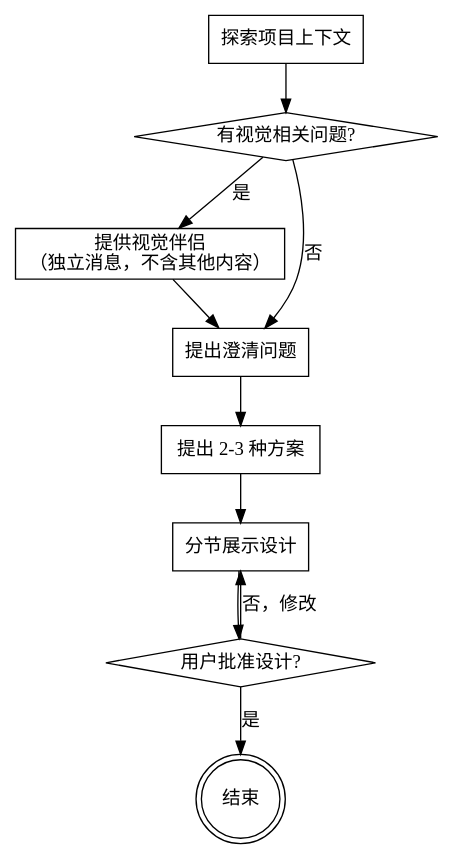
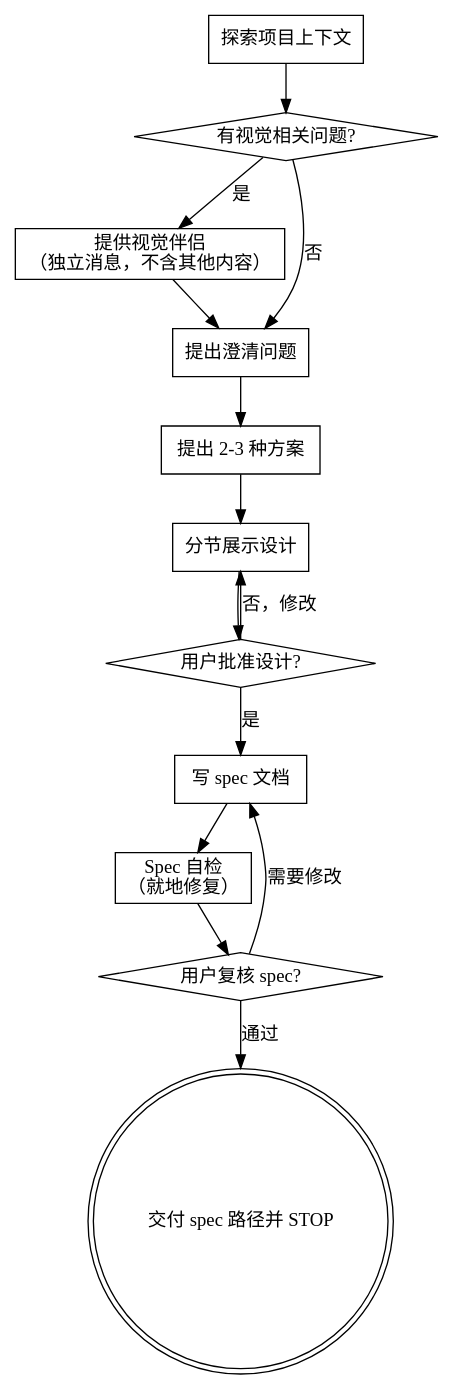
The diagram in skills/development-workflows/brainstorming-baha/SKILL.md (bahayonghang/my-ai-cli-toolkit), drawn with Graphviz before and after one commit. The commit also changed other lines of this file and 4 other files, not shown here.

````diff
--- a/skills/development-workflows/brainstorming-baha/SKILL.md
+++ b/skills/development-workflows/brainstorming-baha/SKILL.md
@@ -34,22 +43,29 @@
 ```dot
 digraph brainstorming {
     "探索项目上下文" [shape=box];
     "有视觉相关问题?" [shape=diamond];
     "提供视觉伴侣\n（独立消息，不含其他内容）" [shape=box];
     "提出澄清问题" [shape=box];
     "提出 2-3 种方案" [shape=box];
     "分节展示设计" [shape=box];
     "用户批准设计?" [shape=diamond];
-    "结束" [shape=doublecircle];
+    "写 spec 文档" [shape=box];
+    "Spec 自检\n（就地修复）" [shape=box];
+    "用户复核 spec?" [shape=diamond];
+    "交付 spec 路径并 STOP" [shape=doublecircle];
 
     "探索项目上下文" -> "有视觉相关问题?";
     "有视觉相关问题?" -> "提供视觉伴侣\n（独立消息，不含其他内容）" [label="是"];
     "有视觉相关问题?" -> "提出澄清问题" [label="否"];
     "提供视觉伴侣\n（独立消息，不含其他内容）" -> "提出澄清问题";
     "提出澄清问题" -> "提出 2-3 种方案";
     "提出 2-3 种方案" -> "分节展示设计";
     "分节展示设计" -> "用户批准设计?";
     "用户批准设计?" -> "分节展示设计" [label="否，修改"];
-    "用户批准设计?" -> "结束" [label="是"];
+    "用户批准设计?" -> "写 spec 文档" [label="是"];
+    "写 spec 文档" -> "Spec 自检\n（就地修复）";
+    "Spec 自检\n（就地修复）" -> "用户复核 spec?";
+    "用户复核 spec?" -> "写 spec 文档" [label="需要修改"];
+    "用户复核 spec?" -> "交付 spec 路径并 STOP" [label="通过"];
 }
 ```
````
